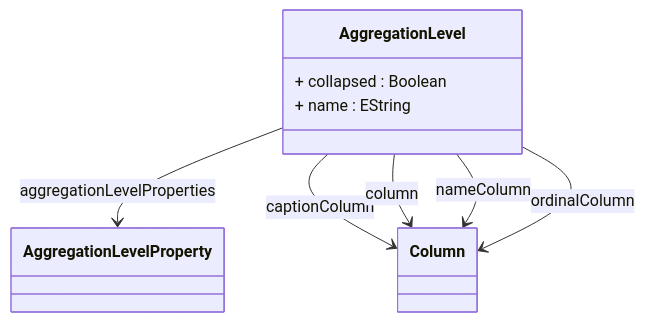
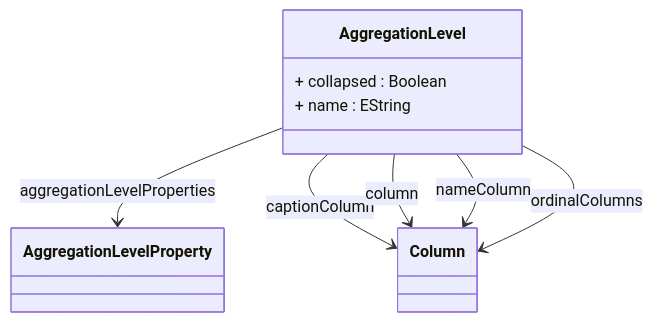
The diagram in docs/cubeserver/model/class-AggregationLevel.md (eclipse-daanse/eclipse-daanse.github.io), drawn with Mermaid before and after one commit. The commit also changed other lines of this file and 94 other files, not shown here.

````diff
--- a/docs/cubeserver/model/class-AggregationLevel.md
+++ b/docs/cubeserver/model/class-AggregationLevel.md
@@ -123,15 +123,15 @@
 ```mermaid
 classDiagram
   class AggregationLevel {
     + collapsed : Boolean
     + name : EString
   }
 
 
   AggregationLevel --> AggregationLevelProperty : aggregationLevelProperties
   AggregationLevel --> Column : captionColumn
   AggregationLevel --> Column : column
   AggregationLevel --> Column : nameColumn
-  AggregationLevel --> Column : ordinalColumn
+  AggregationLevel --> Column : ordinalColumns
 
 ```
````
